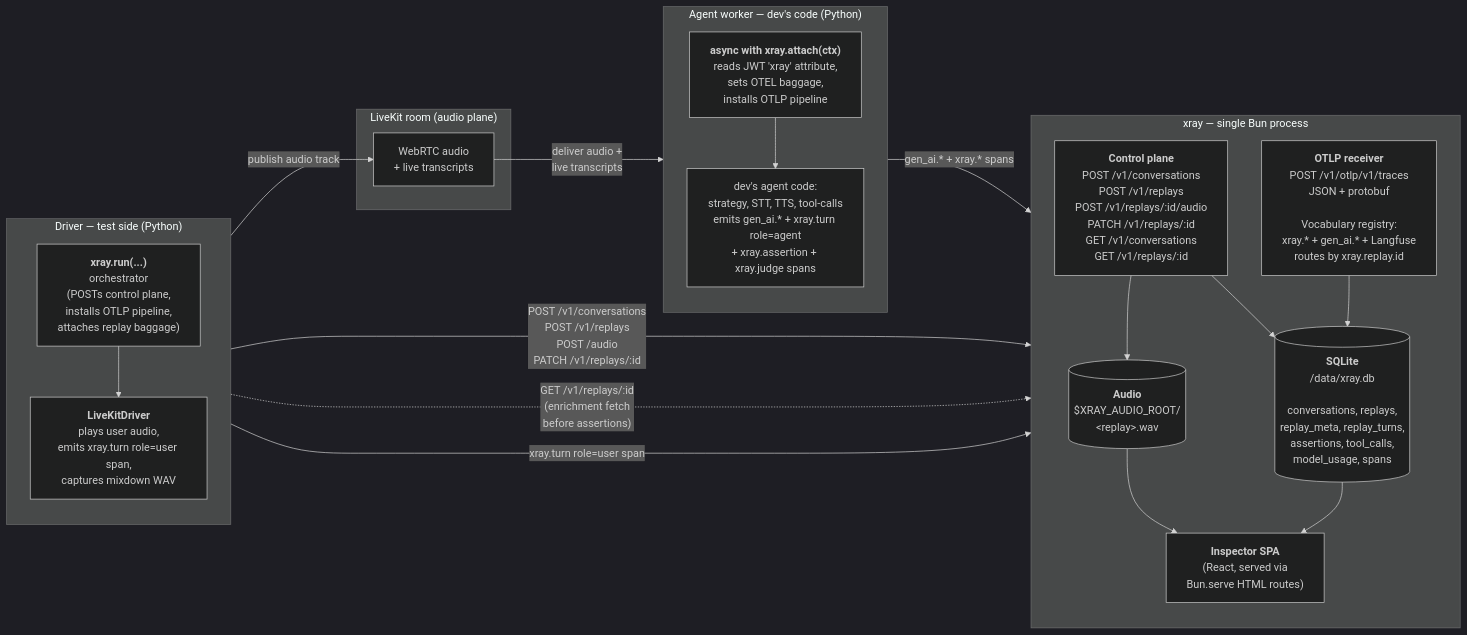
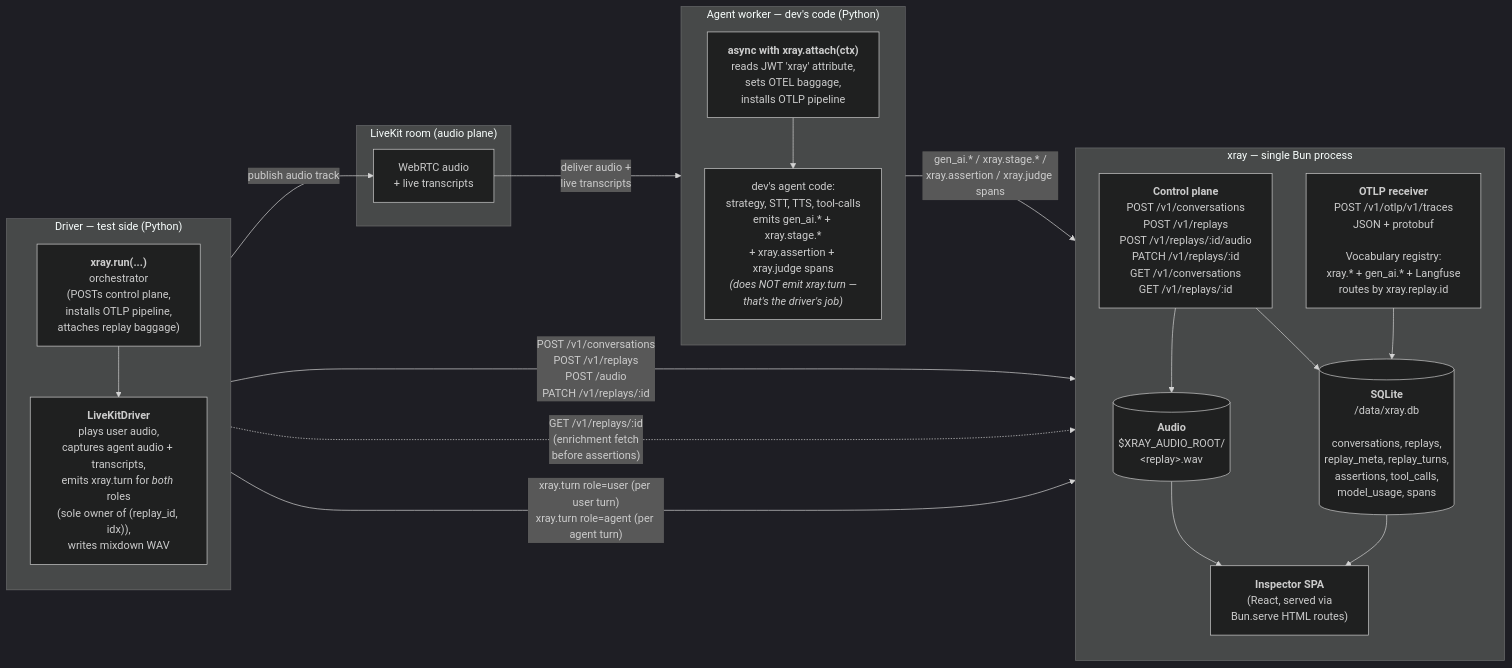
Before and after one commit to xray-eval/xray: the first of 5 diagrams in docs/architecture.md, drawn with Mermaid (dark theme). The commit also changed other lines of this file and 2 other files, not shown here.

````diff
--- a/docs/architecture.md
+++ b/docs/architecture.md
@@ -31,41 +31,41 @@
 ```mermaid
 flowchart LR
     subgraph DRV["Driver — test side (Python)"]
       direction TB
       D1["<b>xray.run(...)</b><br/>orchestrator<br/>(POSTs control plane,<br/>installs OTLP pipeline,<br/>attaches replay baggage)"]
-      D2["<b>LiveKitDriver</b><br/>plays user audio,<br/>emits xray.turn role=user span,<br/>captures mixdown WAV"]
+      D2["<b>LiveKitDriver</b><br/>plays user audio,<br/>captures agent audio + transcripts,<br/>emits xray.turn for <i>both</i> roles<br/>(sole owner of (replay_id, idx)),<br/>writes mixdown WAV"]
       D1 --> D2
     end
 
     subgraph LK["LiveKit room (audio plane)"]
       LKR["WebRTC audio<br/>+ live transcripts"]
     end
 
     subgraph AGT["Agent worker — dev's code (Python)"]
       direction TB
       A1["<b>async with xray.attach(ctx)</b><br/>reads JWT 'xray' attribute,<br/>sets OTEL baggage,<br/>installs OTLP pipeline"]
-      A2["dev's agent code:<br/>strategy, STT, TTS, tool-calls<br/>emits gen_ai.* + xray.turn role=agent<br/>+ xray.assertion + xray.judge spans"]
+      A2["dev's agent code:<br/>strategy, STT, TTS, tool-calls<br/>emits gen_ai.* + xray.stage.*<br/>+ xray.assertion + xray.judge spans<br/><i>(does NOT emit xray.turn —<br/>that's the driver's job)</i>"]
       A1 --> A2
     end
 
     subgraph XR["xray — single Bun process"]
       direction TB
       CTL["<b>Control plane</b><br/>POST /v1/conversations<br/>POST /v1/replays<br/>POST /v1/replays/:id/audio<br/>PATCH /v1/replays/:id<br/>GET /v1/conversations<br/>GET /v1/replays/:id"]
       OTLP["<b>OTLP receiver</b><br/>POST /v1/otlp/v1/traces<br/>JSON + protobuf<br/><br/>Vocabulary registry:<br/>xray.* + gen_ai.* + Langfuse<br/>routes by xray.replay.id"]
       DB[("<b>SQLite</b><br/>/data/xray.db<br/><br/>conversations, replays,<br/>replay_meta, replay_turns,<br/>assertions, tool_calls,<br/>model_usage, spans")]
       AUDIO[("<b>Audio</b><br/>$XRAY_AUDIO_ROOT/<br/>&lt;replay&gt;.wav")]
       SPA["<b>Inspector SPA</b><br/>(React, served via<br/>Bun.serve HTML routes)"]
       CTL --> DB
       CTL --> AUDIO
       OTLP --> DB
       DB --> SPA
       AUDIO --> SPA
     end
 
     D1 -- "POST /v1/conversations<br/>POST /v1/replays<br/>POST /audio<br/>PATCH /v1/replays/:id" --> CTL
     D1 -. "GET /v1/replays/:id<br/>(enrichment fetch<br/>before assertions)" .-> CTL
-    D2 -- "xray.turn role=user span" --> OTLP
+    D2 -- "xray.turn role=user (per user turn)<br/>xray.turn role=agent (per agent turn)" --> OTLP
     D2 -- "publish audio track" --> LKR
     LKR -- "deliver audio +<br/>live transcripts" --> A2
-    A2 -- "gen_ai.* + xray.* spans" --> OTLP
+    A2 -- "gen_ai.* / xray.stage.* /<br/>xray.assertion / xray.judge spans" --> OTLP
 ```
````
